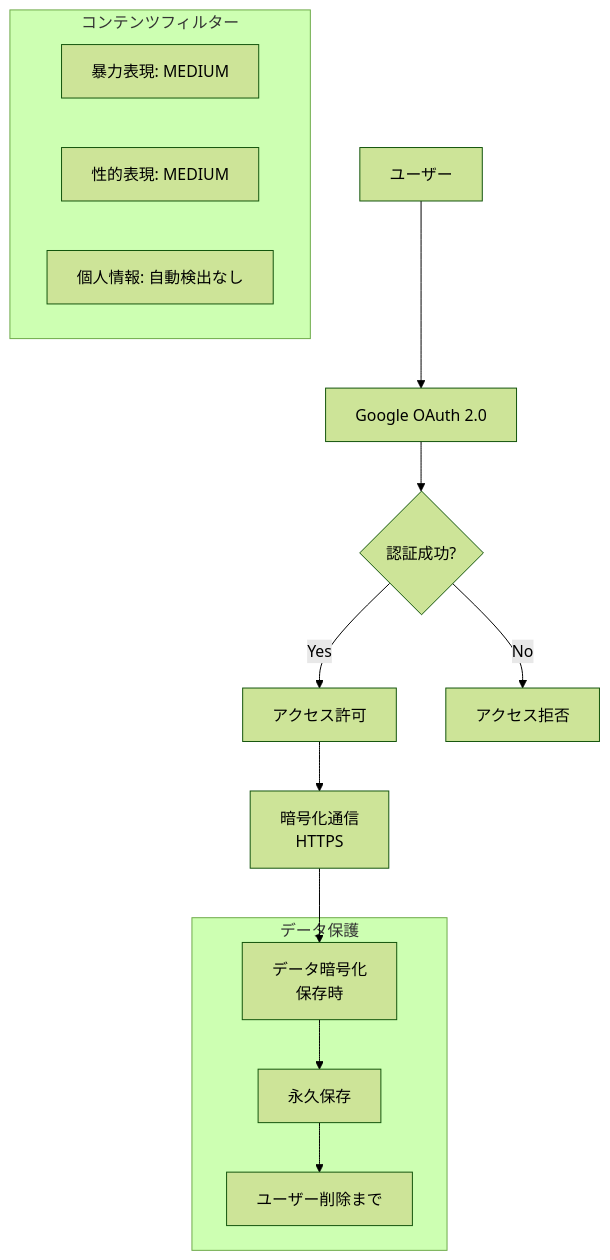
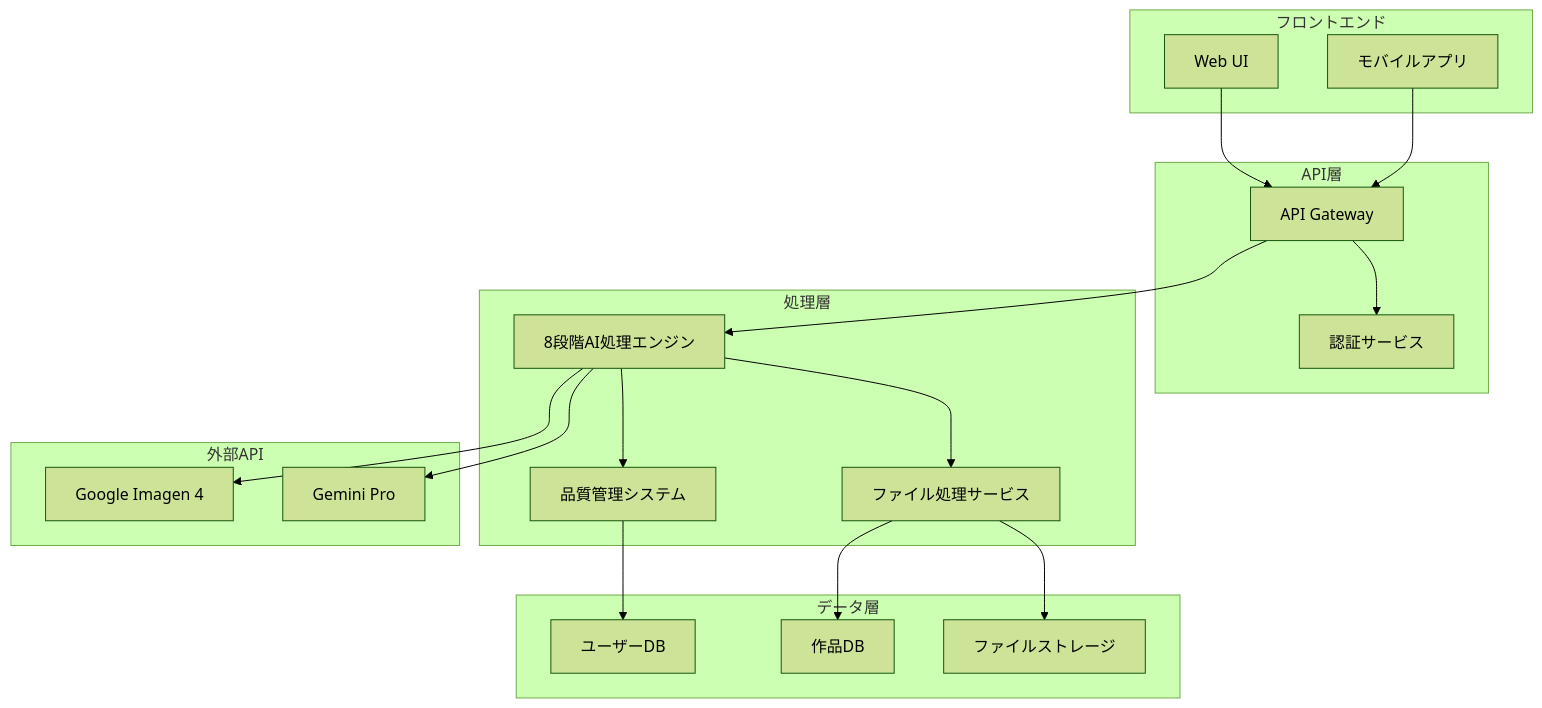
One commit to WLONEGI/AI_Agent_Hackathon_with_Google_Cloud_3rd changed the second of 3 diagrams in Document/03.要件定義書.md. Above: the diagram before and after it, drawn with Mermaid (forest theme). The commit also changed other lines of this file and 4 other files, not shown here.

````diff
--- a/Document/03.要件定義書.md
+++ b/Document/03.要件定義書.md
@@ -488,21 +216,41 @@
 ```mermaid
-flowchart TD
-    A[ユーザー] --> B[Google OAuth 2.0]
-    B --> C{認証成功?}
-    C -->|Yes| D[アクセス許可]
-    C -->|No| E[アクセス拒否]
-    
-    D --> F[暗号化通信<br/>HTTPS]
-    F --> G[データ暗号化<br/>保存時]
-    
-    subgraph "データ保護"
-        G --> H[永久保存]
-        H --> I[ユーザー削除まで]
+graph TB
+    subgraph "フロントエンド"
+        A[Web UI] 
+        B[モバイルアプリ]
     end
     
-    subgraph "コンテンツフィルター"
-        J[暴力表現: MEDIUM]
-        K[性的表現: MEDIUM]
-        L[個人情報: 自動検出なし]
+    subgraph "API層"
+        C[API Gateway]
+        D[認証サービス]
     end
+    
+    subgraph "処理層"
+        E[8段階AI処理エンジン]
+        F[品質管理システム]
+        G[ファイル処理サービス]
+    end
+    
+    subgraph "データ層"
+        H[ユーザーDB]
+        I[作品DB]
+        J[ファイルストレージ]
+    end
+    
+    subgraph "外部API"
+        K[Google Imagen 4]
+        L[Gemini Pro]
+    end
+    
+    A --> C
+    B --> C
+    C --> D
+    C --> E
+    E --> F
+    E --> G
+    E --> K
+    E --> L
+    F --> H
+    G --> I
+    G --> J
 ```
````
